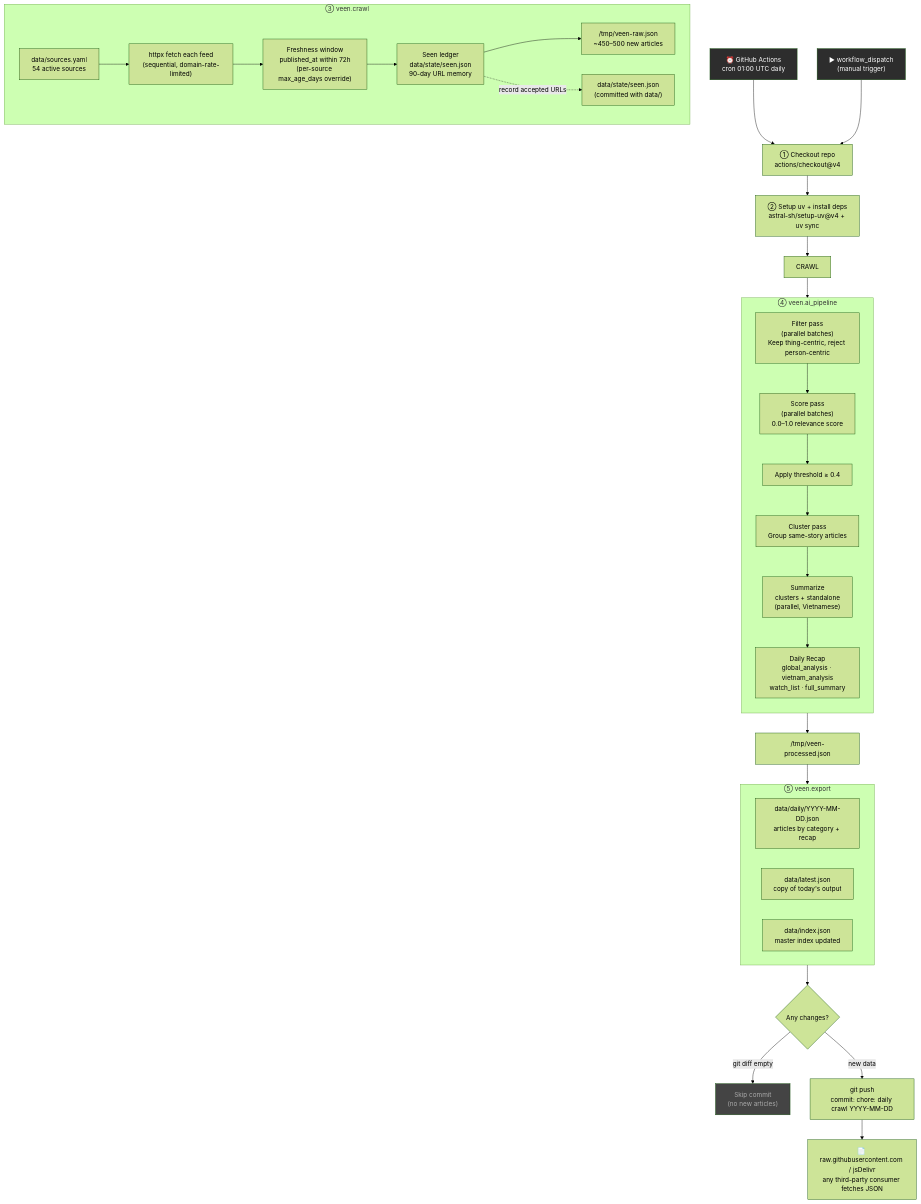
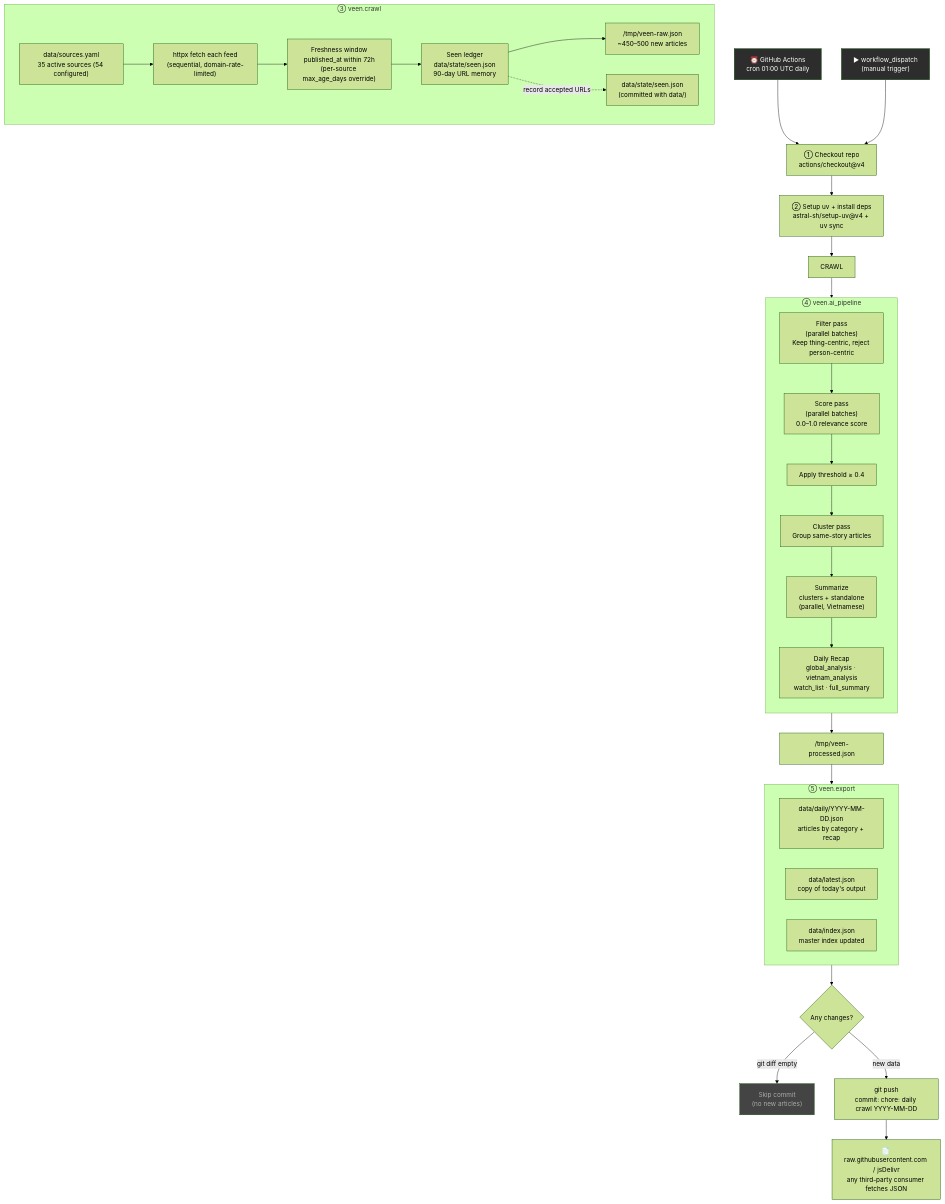
One commit to quniv/veen-news changed the first of 4 diagrams in docs/architecture/github-actions-workflow.md. Above: the diagram before and after it, drawn with Mermaid (forest theme). The commit also changed 4 other files, not shown here.

````diff
--- a/docs/architecture/github-actions-workflow.md
+++ b/docs/architecture/github-actions-workflow.md
@@ -5,50 +5,50 @@
 ```mermaid
 flowchart TD
     CRON["⏰ GitHub Actions\ncron 01:00 UTC daily"] --> CHECKOUT
     MANUAL["▶ workflow_dispatch\n(manual trigger)"] --> CHECKOUT
 
     CHECKOUT["① Checkout repo\nactions/checkout@v4"] --> UV
     UV["② Setup uv + install deps\nastral-sh/setup-uv@v4 + uv sync"] --> CRAWL
 
     subgraph CRAWL_STEP ["③ veen.crawl"]
-        SOURCES["data/sources.yaml\n54 active sources"] --> FETCH
+        SOURCES["data/sources.yaml\n35 active sources (54 configured)"] --> FETCH
         FETCH["httpx fetch each feed\n(sequential, domain-rate-limited)"] --> FRESH
         FRESH["Freshness window\npublished_at within 72h\n(per-source max_age_days override)"] --> DEDUP
         DEDUP["Seen ledger\ndata/state/seen.json\n90-day URL memory"] --> RAW
         RAW["/tmp/veen-raw.json\n~450–500 new articles"]
         DEDUP -.->|record accepted URLs| LEDGER["data/state/seen.json\n(committed with data/)"]
     end
 
     CRAWL --> AI_STEP
 
     subgraph AI_STEP ["④ veen.ai_pipeline"]
         direction TB
         FILTER["Filter pass\n(parallel batches)\nKeep thing-centric, reject person-centric"] --> SCORE
         SCORE["Score pass\n(parallel batches)\n0.0–1.0 relevance score"] --> THRESHOLD
         THRESHOLD["Apply threshold ≥ 0.4"] --> CLUSTER
         CLUSTER["Cluster pass\nGroup same-story articles"] --> SUMMARIZE
         SUMMARIZE["Summarize\nclusters + standalone\n(parallel, Vietnamese)"] --> RECAP
         RECAP["Daily Recap\nglobal_analysis · vietnam_analysis\nwatch_list · full_summary"]
     end
 
     AI_STEP --> PROCESSED
     PROCESSED["/tmp/veen-processed.json"] --> EXPORT_STEP
 
     subgraph EXPORT_STEP ["⑤ veen.export"]
         E1["data/daily/YYYY-MM-DD.json\narticles by category + recap"]
         E2["data/latest.json\ncopy of today's output"]
         E3["data/index.json\nmaster index updated"]
     end
 
     EXPORT_STEP --> COMMIT
 
     COMMIT{"Any changes?"}
     COMMIT -- "git diff empty" --> SKIP["Skip commit\n(no new articles)"]
     COMMIT -- "new data" --> PUSH["git push\ncommit: chore: daily crawl YYYY-MM-DD"]
 
     PUSH --> CONSUMERS["📄 raw.githubusercontent.com / jsDelivr\nany third-party consumer fetches JSON"]
 
     style CRON fill:#2d2d2d,color:#fff
     style MANUAL fill:#2d2d2d,color:#fff
     style SKIP fill:#444,color:#aaa
 ```
````
